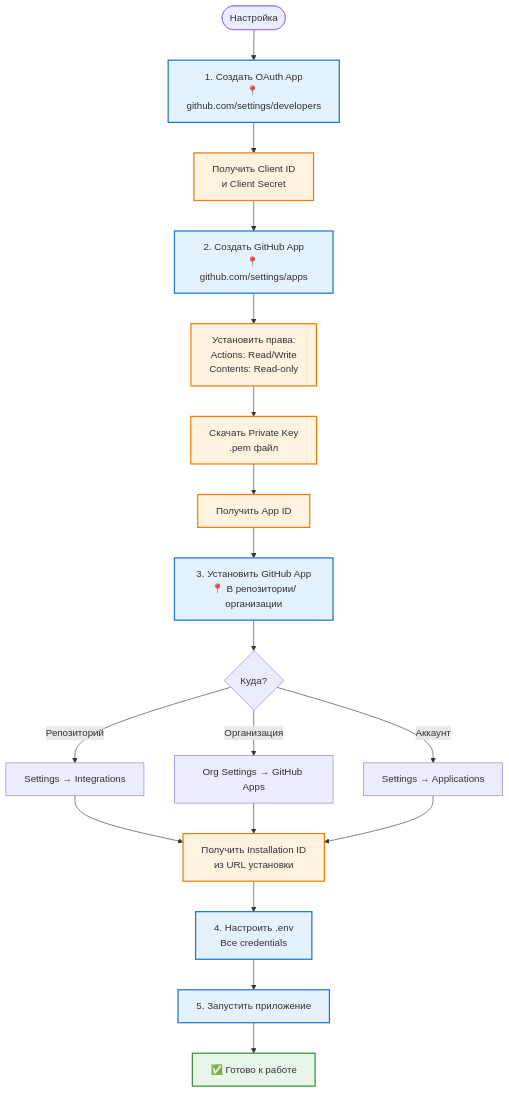
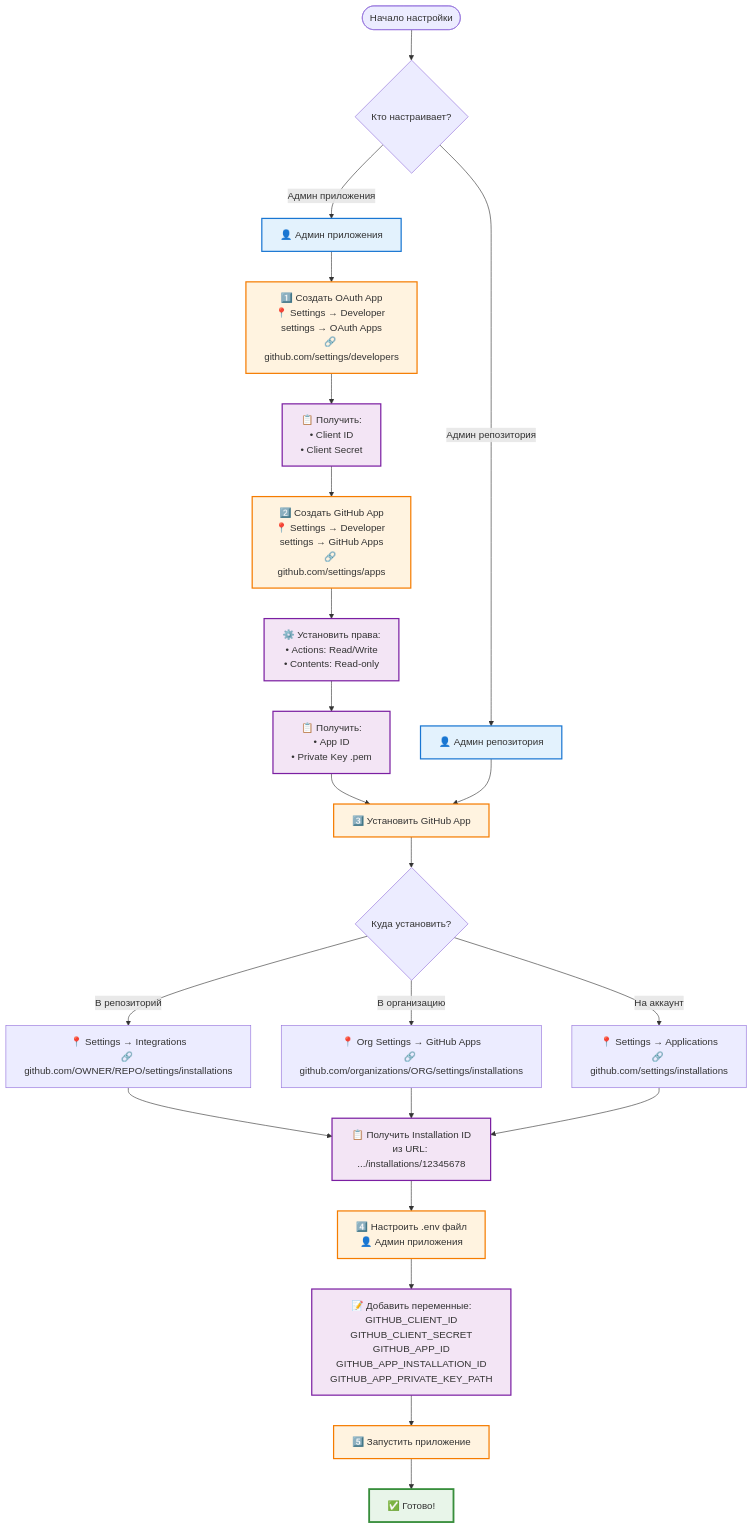
The third of 3 diagrams in README.md (ydb-platform/github_action_executor), drawn with Mermaid before and after one commit. The commit also changed other lines of this file, not shown here.

First line of the commit message:
Revise README to improve GitHub App setup instructions and user flow

````diff
--- a/README.md
+++ b/README.md
@@ -179,32 +179,42 @@
 ```mermaid
 flowchart TD
-    Start([Настройка]) --> Step1[1. Создать OAuth App<br/>📍 github.com/settings/developers]
-    Step1 --> GetOAuth[Получить Client ID<br/>и Client Secret]
+    Start([Начало настройки]) --> Who{Кто настраивает?}
     
-    GetOAuth --> Step2[2. Создать GitHub App<br/>📍 github.com/settings/apps]
-    Step2 --> SetPerms[Установить права:<br/>Actions: Read/Write<br/>Contents: Read-only]
-    SetPerms --> GetKey[Скачать Private Key<br/>.pem файл]
-    GetKey --> GetAppID[Получить App ID]
+    Who -->|Админ приложения| AdminApp[👤 Админ приложения]
+    Who -->|Админ репозитория| AdminRepo[👤 Админ репозитория]
     
-    GetAppID --> Step3[3. Установить GitHub App<br/>📍 В репозитории/организации]
-    Step3 --> Choose{Куда?}
-    Choose -->|Репозиторий| Repo[Settings → Integrations]
-    Choose -->|Организация| Org[Org Settings → GitHub Apps]
-    Choose -->|Аккаунт| Account[Settings → Applications]
+    AdminApp --> Step1[1️⃣ Создать OAuth App<br/>📍 Settings → Developer settings → OAuth Apps<br/>🔗 github.com/settings/developers]
+    Step1 --> GetOAuth[📋 Получить:<br/>• Client ID<br/>• Client Secret]
     
-    Repo --> GetInstallID[Получить Installation ID<br/>из URL установки]
+    GetOAuth --> Step2[2️⃣ Создать GitHub App<br/>📍 Settings → Developer settings → GitHub Apps<br/>🔗 github.com/settings/apps]
+    Step2 --> SetPerms[⚙️ Установить права:<br/>• Actions: Read/Write<br/>• Contents: Read-only]
+    SetPerms --> GetAppCreds[📋 Получить:<br/>• App ID<br/>• Private Key .pem]
+    
+    GetAppCreds --> Step3[3️⃣ Установить GitHub App]
+    AdminRepo --> Step3
+    
+    Step3 --> Choose{Куда установить?}
+    Choose -->|В репозиторий| Repo[📍 Settings → Integrations<br/>🔗 github.com/OWNER/REPO/settings/installations]
+    Choose -->|В организацию| Org[📍 Org Settings → GitHub Apps<br/>🔗 github.com/organizations/ORG/settings/installations]
+    Choose -->|На аккаунт| Account[📍 Settings → Applications<br/>🔗 github.com/settings/installations]
+    
+    Repo --> GetInstallID[📋 Получить Installation ID<br/>из URL: .../installations/12345678]
     Org --> GetInstallID
     Account --> GetInstallID
     
-    GetInstallID --> Step4[4. Настроить .env<br/>Все credentials]
-    Step4 --> Step5[5. Запустить приложение]
-    Step5 --> Ready[✅ Готово к работе]
+    GetInstallID --> Step4[4️⃣ Настроить .env файл<br/>👤 Админ приложения]
+    Step4 --> EnvVars[📝 Добавить переменные:<br/>GITHUB_CLIENT_ID<br/>GITHUB_CLIENT_SECRET<br/>GITHUB_APP_ID<br/>GITHUB_APP_INSTALLATION_ID<br/>GITHUB_APP_PRIVATE_KEY_PATH]
     
-    classDef step fill:#e3f2fd,stroke:#1976d2,stroke-width:2px
-    classDef action fill:#fff3e0,stroke:#f57c00,stroke-width:2px
-    classDef success fill:#e8f5e9,stroke:#388e3c,stroke-width:2px
+    EnvVars --> Step5[5️⃣ Запустить приложение]
+    Step5 --> Ready[✅ Готово!]
     
+    classDef admin fill:#e3f2fd,stroke:#1976d2,stroke-width:2px
+    classDef step fill:#fff3e0,stroke:#f57c00,stroke-width:2px
+    classDef action fill:#f3e5f5,stroke:#7b1fa2,stroke-width:2px
+    classDef success fill:#e8f5e9,stroke:#388e3c,stroke-width:3px
+    
+    class AdminApp,AdminRepo admin
     class Step1,Step2,Step3,Step4,Step5 step
-    class GetOAuth,SetPerms,GetKey,GetAppID,GetInstallID action
+    class GetOAuth,SetPerms,GetAppCreds,GetInstallID,EnvVars action
     class Ready success
 ```
````
